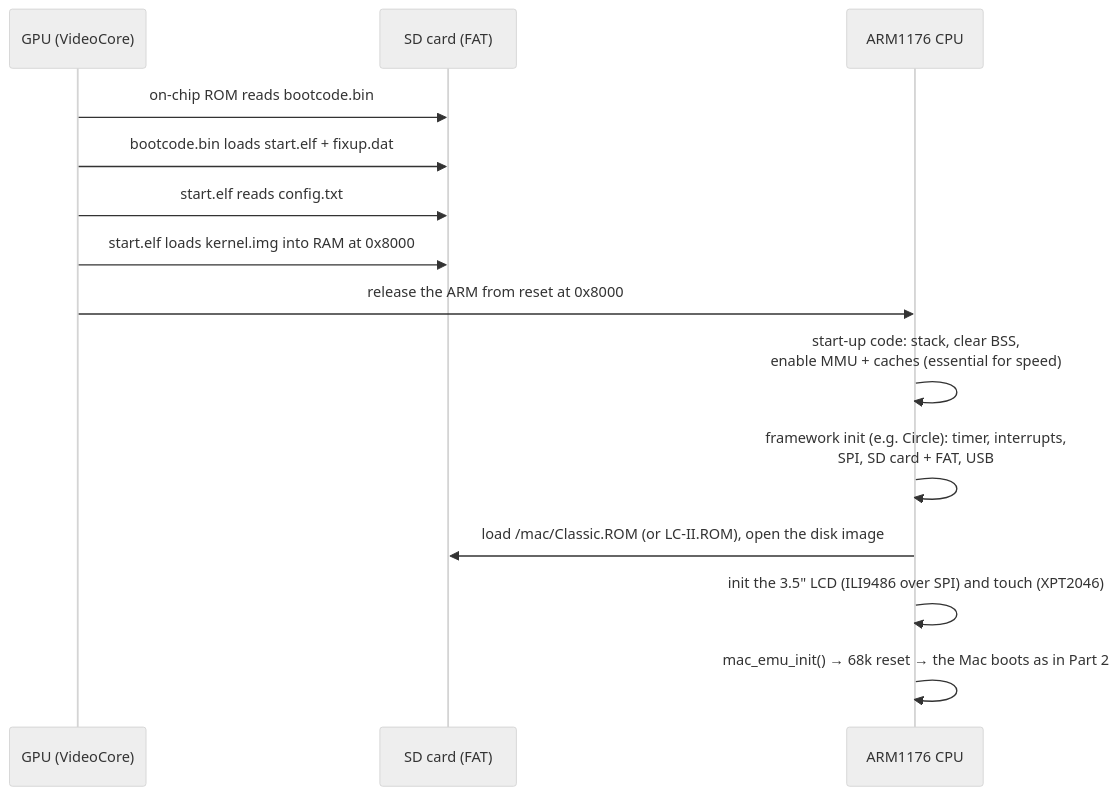
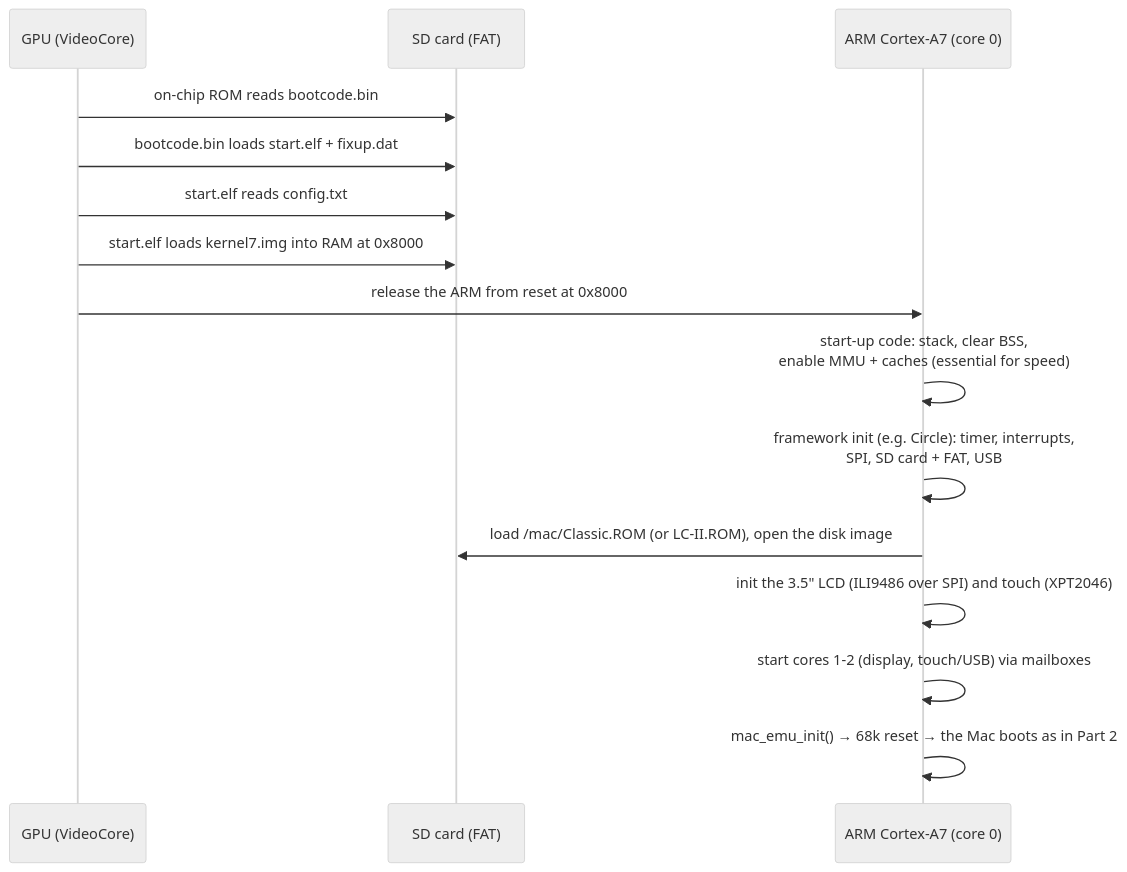
The fifth of 5 diagrams in docs/learn/08-boot-explained.md (muchachopolo/MacEmulator-ESP32-WT32-SC01), drawn with Mermaid (neutral theme) before and after one commit. The commit also changed other lines of this file and 3 other files, not shown here.

````diff
--- a/docs/learn/08-boot-explained.md
+++ b/docs/learn/08-boot-explained.md
@@ -167,16 +167,17 @@
 ```mermaid
 sequenceDiagram
     participant GPU as GPU (VideoCore)
     participant SD as SD card (FAT)
-    participant ARM as ARM1176 CPU
+    participant ARM as ARM Cortex-A7 (core 0)
     GPU->>SD: on-chip ROM reads bootcode.bin
     GPU->>SD: bootcode.bin loads start.elf + fixup.dat
     GPU->>SD: start.elf reads config.txt
-    GPU->>SD: start.elf loads kernel.img into RAM at 0x8000
+    GPU->>SD: start.elf loads kernel7.img into RAM at 0x8000
     GPU->>ARM: release the ARM from reset at 0x8000
     ARM->>ARM: start-up code: stack, clear BSS,<br/>enable MMU + caches (essential for speed)
     ARM->>ARM: framework init (e.g. Circle): timer, interrupts,<br/>SPI, SD card + FAT, USB
     ARM->>SD: load /mac/Classic.ROM (or LC-II.ROM), open the disk image
     ARM->>ARM: init the 3.5" LCD (ILI9486 over SPI) and touch (XPT2046)
+    ARM->>ARM: start cores 1-2 (display, touch/USB) via mailboxes
     ARM->>ARM: mac_emu_init() → 68k reset → the Mac boots as in Part 2
 ```
````
